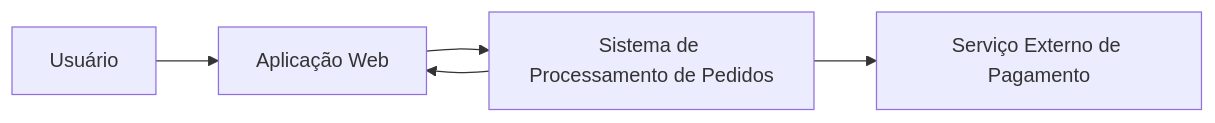
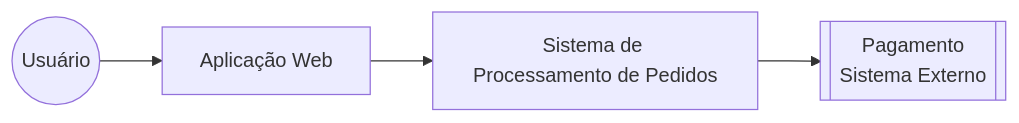
Before and after one commit to victorgianvechio/microservices-demo: the diagram in docs/architecture/c4-context.md, drawn with Mermaid. The commit also changed 11 other files, not shown here.

````diff
--- a/docs/architecture/c4-context.md
+++ b/docs/architecture/c4-context.md
@@ -9,19 +9,17 @@
 ```mermaid
 flowchart LR
 
-User[Usuário]
+User((Usuário))
 
 Frontend[Aplicação Web]
 
 System[Sistema de Processamento de Pedidos]
 
-PaymentExt[Serviço Externo de Pagamento]
+PaymentExt[[Pagamento<br>Sistema Externo]]
 
 User --> Frontend
 
 Frontend --> System
 
 System --> PaymentExt
-
-System --> Frontend
 ```
````
